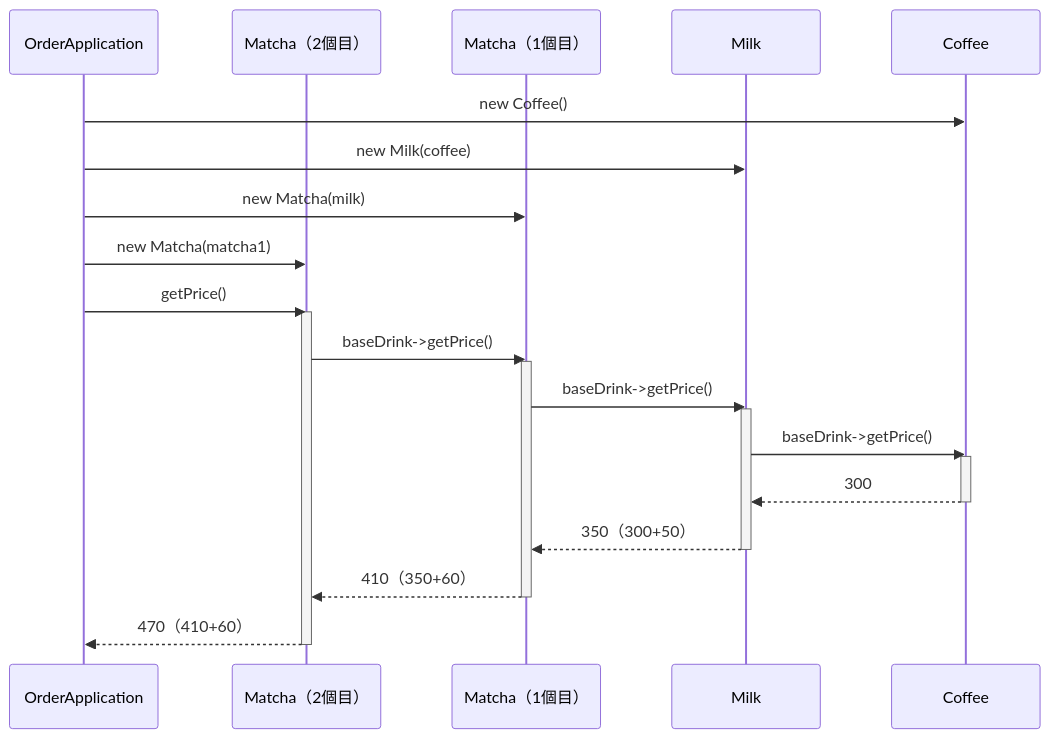
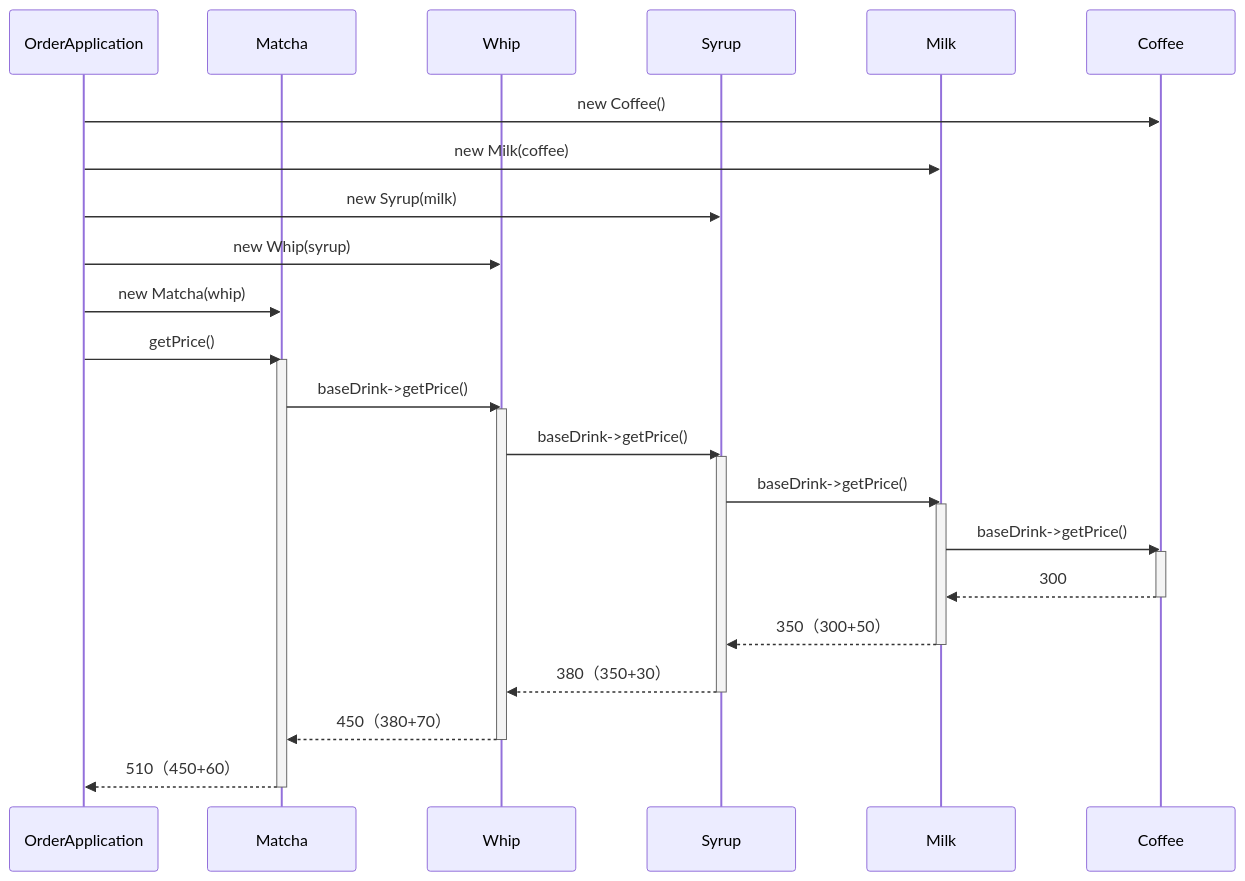
Before and after one commit to kumachan1101-pixel/DesignPattern: the third of 5 diagrams in kindle/design-patterns/output/chapter06.md, drawn with Mermaid. The commit also changed other lines of this file and 5 other files, not shown here.

````diff
--- a/kindle/design-patterns/output/chapter06.md
+++ b/kindle/design-patterns/output/chapter06.md
@@ -1000,29 +1016,35 @@
 ```mermaid
 sequenceDiagram
     participant OA as OrderApplication
-    participant M2 as Matcha（2個目）
-    participant M1 as Matcha（1個目）
+    participant Ma as Matcha
+    participant Wh as Whip
+    participant Sy as Syrup
     participant Mi as Milk
     participant C as Coffee
 
     OA->>C: new Coffee()
     OA->>Mi: new Milk(coffee)
-    OA->>M1: new Matcha(milk)
-    OA->>M2: new Matcha(matcha1)
-    OA->>M2: getPrice()
-    activate M2
-    M2->>M1: baseDrink->getPrice()
-    activate M1
-    M1->>Mi: baseDrink->getPrice()
+    OA->>Sy: new Syrup(milk)
+    OA->>Wh: new Whip(syrup)
+    OA->>Ma: new Matcha(whip)
+    OA->>Ma: getPrice()
+    activate Ma
+    Ma->>Wh: baseDrink->getPrice()
+    activate Wh
+    Wh->>Sy: baseDrink->getPrice()
+    activate Sy
+    Sy->>Mi: baseDrink->getPrice()
     activate Mi
     Mi->>C: baseDrink->getPrice()
     activate C
     C-->>Mi: 300
     deactivate C
-    Mi-->>M1: 350（300+50）
+    Mi-->>Sy: 350（300+50）
     deactivate Mi
-    M1-->>M2: 410（350+60）
-    deactivate M1
-    M2-->>OA: 470（410+60）
-    deactivate M2
+    Sy-->>Wh: 380（350+30）
+    deactivate Sy
+    Wh-->>Ma: 450（380+70）
+    deactivate Wh
+    Ma-->>OA: 510（450+60）
+    deactivate Ma
 ```
````
